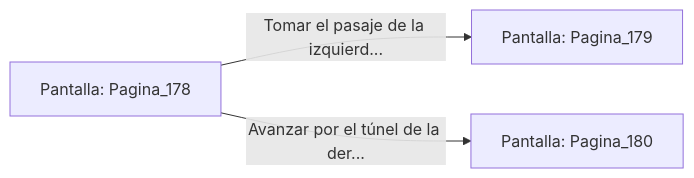
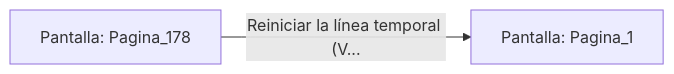
Before and after one commit to metsuke/mpl: the diagram in sample/eligejuego-vault/Pantalla_Pagina_178.md, drawn with Mermaid. The commit also changed other lines of this file and 635 other files, not shown here.

First line of the commit message:
fix: añadir Pagina_1 como pantalla inicial en capitulo_01.mpl

````diff
--- a/sample/eligejuego-vault/Pantalla_Pagina_178.md
+++ b/sample/eligejuego-vault/Pantalla_Pagina_178.md
@@ -20,6 +17,5 @@
 ```mermaid
 graph LR
     P_Pagina_178["Pantalla: Pagina_178"]
-    P_Pagina_178 -->|"Tomar el pasaje de la izquierd..."| P_Pagina_179["Pantalla: Pagina_179"]
-    P_Pagina_178 -->|"Avanzar por el túnel de la der..."| P_Pagina_180["Pantalla: Pagina_180"]
+    P_Pagina_178 -->|"Reiniciar la línea temporal (V..."| P_Pagina_1["Pantalla: Pagina_1"]
 ```
````
